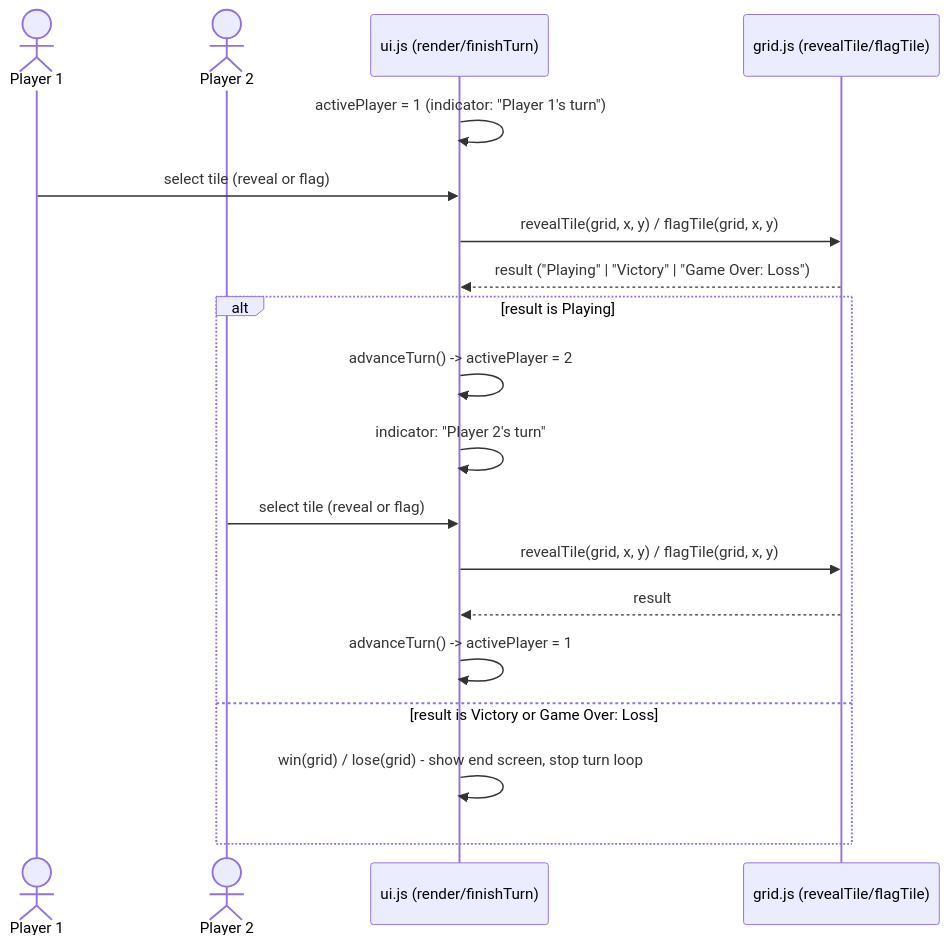
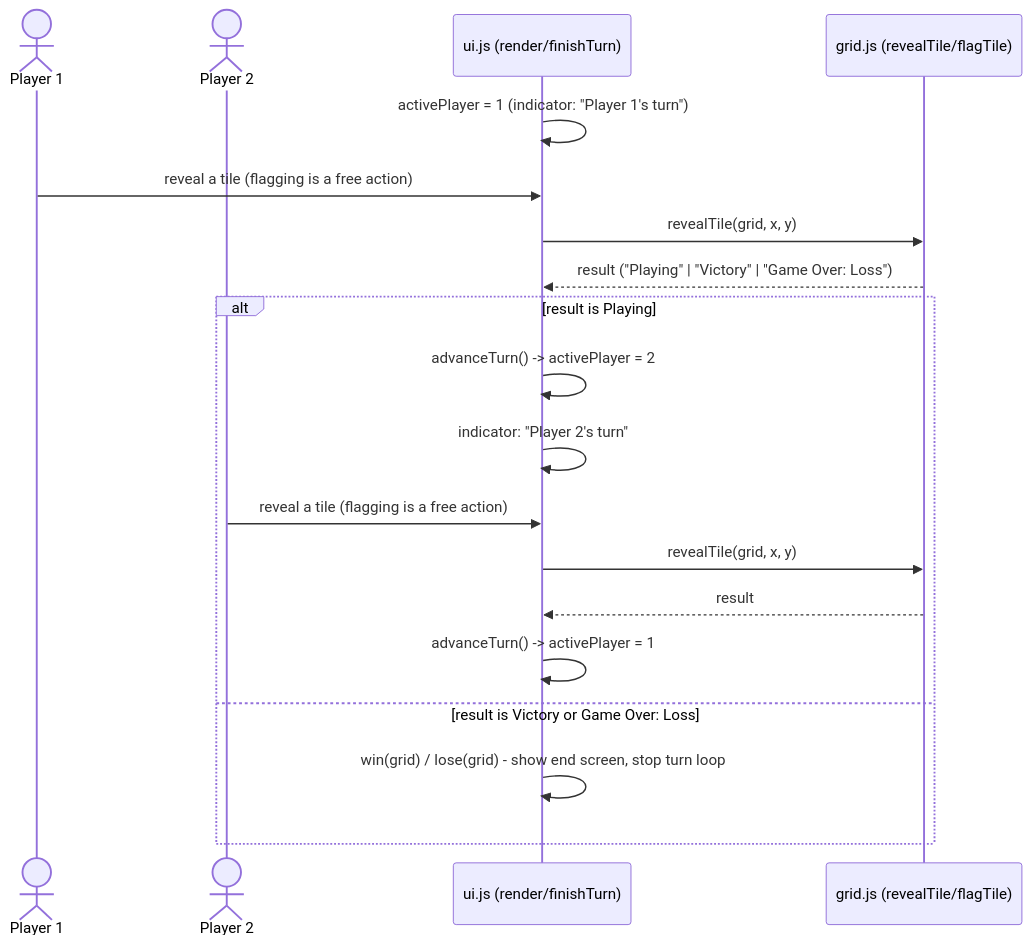
Before and after one commit to aidanp12/Software-Engineering-II-Project-1: the first of 2 diagrams in README.md, drawn with Mermaid. The commit also changed other lines of this file and 4 other files, not shown here.

````diff
--- a/README.md
+++ b/README.md
@@ -55,22 +63,22 @@
 ```mermaid
 sequenceDiagram
     actor P1 as Player 1
     actor P2 as Player 2
     participant UI as ui.js (render/finishTurn)
     participant Grid as grid.js (revealTile/flagTile)
 
     UI->>UI: activePlayer = 1 (indicator: "Player 1's turn")
-    P1->>UI: select tile (reveal or flag)
-    UI->>Grid: revealTile(grid, x, y) / flagTile(grid, x, y)
+    P1->>UI: reveal a tile (flagging is a free action)
+    UI->>Grid: revealTile(grid, x, y)
     Grid-->>UI: result ("Playing" | "Victory" | "Game Over: Loss")
     alt result is Playing
         UI->>UI: advanceTurn() -> activePlayer = 2
         UI->>UI: indicator: "Player 2's turn"
-        P2->>UI: select tile (reveal or flag)
-        UI->>Grid: revealTile(grid, x, y) / flagTile(grid, x, y)
+        P2->>UI: reveal a tile (flagging is a free action)
+        UI->>Grid: revealTile(grid, x, y)
         Grid-->>UI: result
         UI->>UI: advanceTurn() -> activePlayer = 1
     else result is Victory or Game Over: Loss
         UI->>UI: win(grid) / lose(grid) - show end screen, stop turn loop
     end
 ```
````
